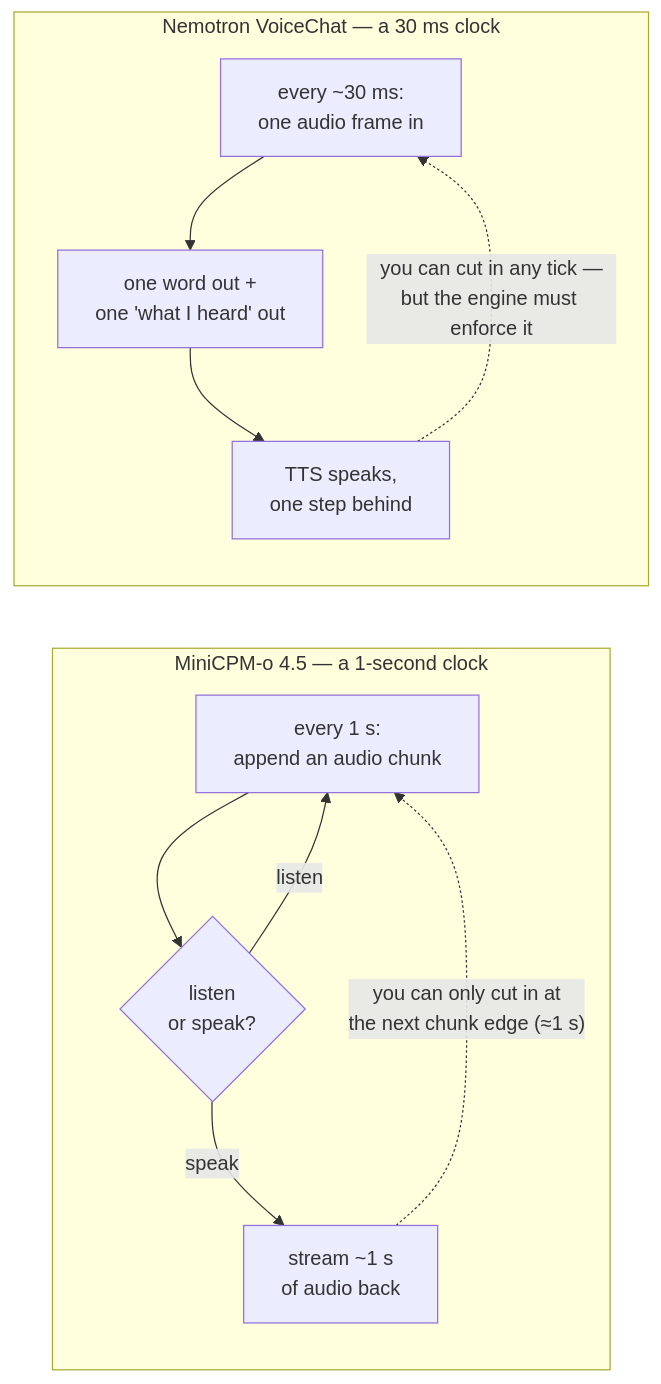
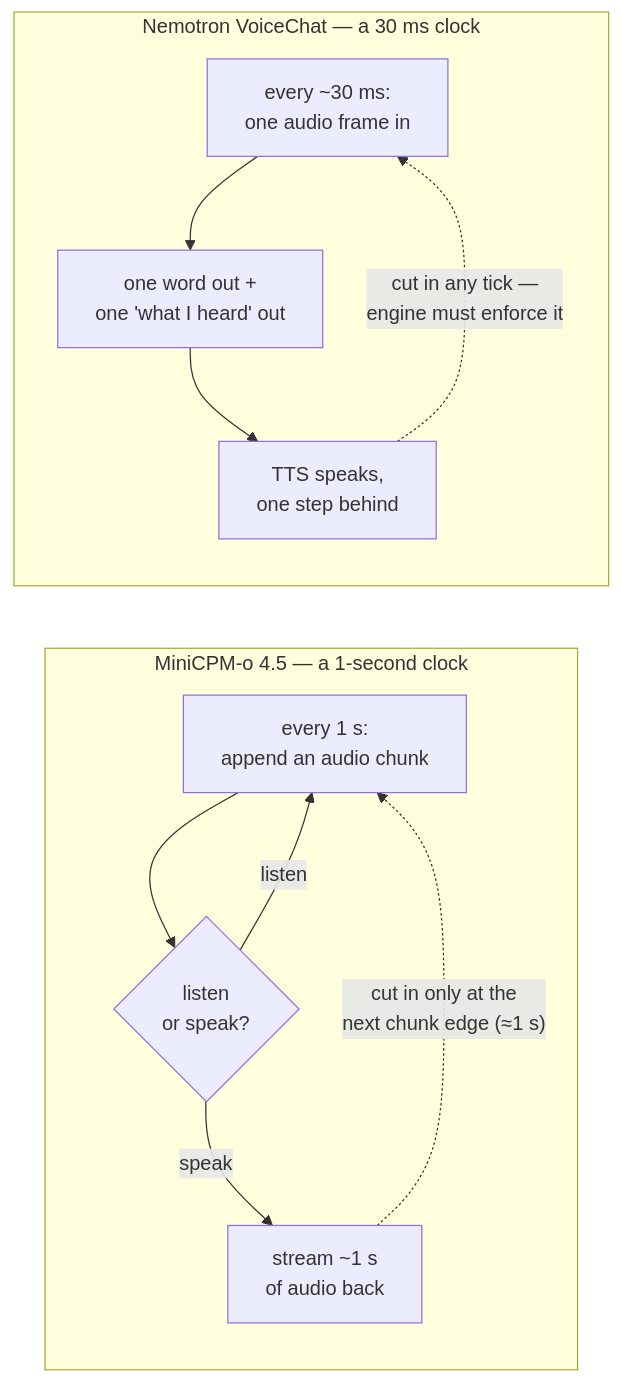
One commit to lishunyang12/lishunyang12.github.io changed the fifth of 9 diagrams in content/blog/full-duplex-session.md. Above: the diagram before and after it, drawn with Mermaid. The commit also changed other lines of this file, not shown here.

````diff
--- a/content/blog/full-duplex-session.md
+++ b/content/blog/full-duplex-session.md
@@ -147,15 +150,15 @@
 ```mermaid
 flowchart LR
     subgraph M["MiniCPM-o 4.5 — a 1-second clock"]
         direction TB
         m1["every 1 s:<br/>append an audio chunk"] --> m2{"listen<br/>or speak?"}
         m2 -- speak --> m3["stream ~1 s<br/>of audio back"]
         m2 -- listen --> m1
-        m3 -. "you can only cut in at<br/>the next chunk edge (≈1 s)" .-> m1
+        m3 -. "cut in only at the<br/>next chunk edge (≈1 s)" .-> m1
     end
     subgraph N["Nemotron VoiceChat — a 30 ms clock"]
         direction TB
         n1["every ~30 ms:<br/>one audio frame in"] --> n2["one word out +<br/>one 'what I heard' out"] --> n3["TTS speaks,<br/>one step behind"]
-        n3 -. "you can cut in any tick —<br/>but the engine must enforce it" .-> n1
+        n3 -. "cut in any tick —<br/>engine must enforce it" .-> n1
     end
 ```
````
